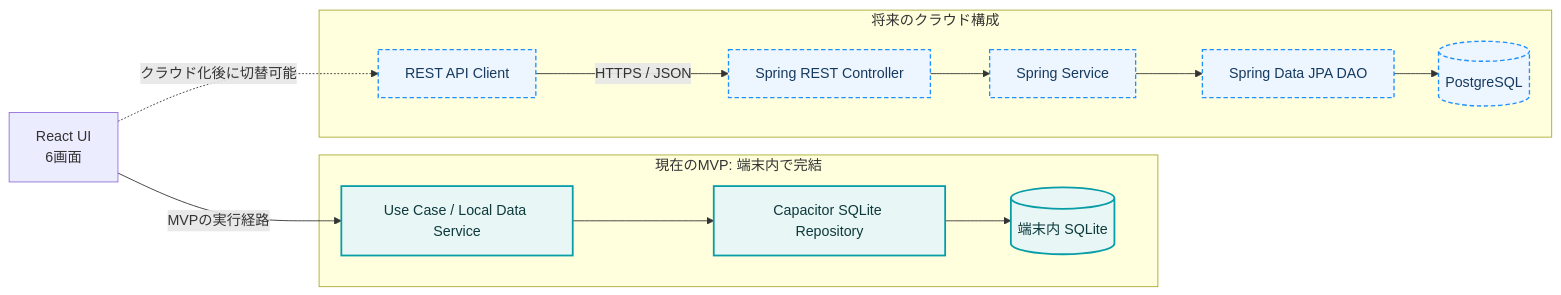
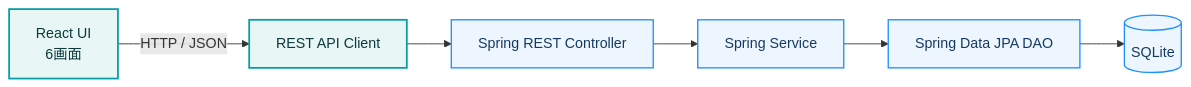
Before and after one commit to okShin0420/ZuboraKakeibo: the first of 8 diagrams in docs/architecture/PROGRAM_FUNCTION_STRUCTURE.md, drawn with Mermaid. The commit also changed other lines of this file and 21 other files, not shown here.

````diff
--- a/docs/architecture/PROGRAM_FUNCTION_STRUCTURE.md
+++ b/docs/architecture/PROGRAM_FUNCTION_STRUCTURE.md
@@ -29,28 +29,16 @@
 ```mermaid
 flowchart LR
     UI[React UI\n6画面]
+    CLIENT[REST API Client]
+    CTRL[Spring REST Controller]
+    SVC[Spring Service]
+    DAO[Spring Data JPA DAO]
+    SQLITE[(SQLite)]
 
-    subgraph LOCAL[現在のMVP: 端末内で完結]
-        LUC[Use Case / Local Data Service]
-        LREPO[Capacitor SQLite Repository]
-        SQLITE[(端末内 SQLite)]
-        LUC --> LREPO --> SQLITE
-    end
+    UI -->|HTTP / JSON| CLIENT --> CTRL --> SVC --> DAO --> SQLITE
 
-    subgraph CLOUD[将来のクラウド構成]
-        CLIENT[REST API Client]
-        CTRL[Spring REST Controller]
-        SVC[Spring Service]
-        DAO[Spring Data JPA DAO]
-        PG[(PostgreSQL)]
-        CLIENT -->|HTTPS / JSON| CTRL --> SVC --> DAO --> PG
-    end
-
-    UI -->|MVPの実行経路| LUC
-    UI -.->|クラウド化後に切替可能| CLIENT
-
-    classDef current fill:#e8f7f5,stroke:#079da7,color:#0d393d,stroke-width:2px;
-    classDef future fill:#edf5ff,stroke:#1e90ff,color:#163a5f,stroke-width:1.5px,stroke-dasharray:5 3;
-    class LUC,LREPO,SQLITE current;
-    class CLIENT,CTRL,SVC,DAO,PG future;
+    classDef app fill:#e8f7f5,stroke:#079da7,color:#0d393d,stroke-width:2px;
+    classDef server fill:#edf5ff,stroke:#1e90ff,color:#163a5f,stroke-width:1.5px;
+    class UI,CLIENT app;
+    class CTRL,SVC,DAO,SQLITE server;
 ```
````
